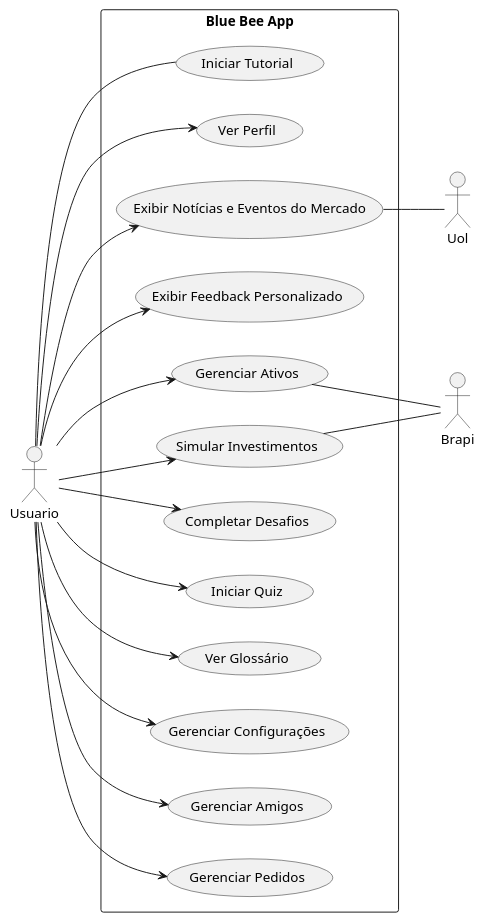
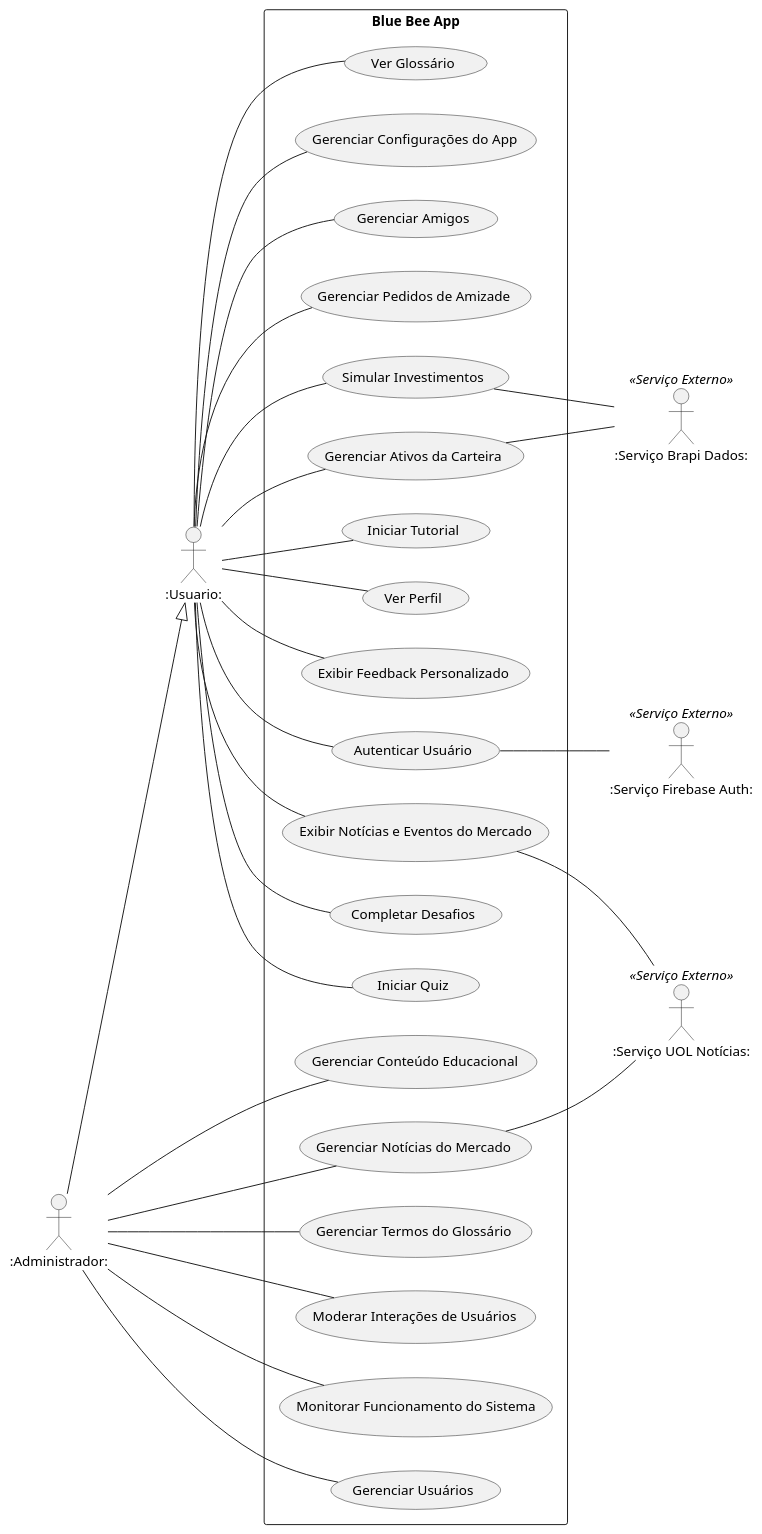
The diagram in casosdeuso.wsd (pedrOfsilveira/diagramas), drawn with PlantUML before and after one commit. The commit also changed 33 other files, not shown here.

Commit message:
added diagramas de sequencia + um monte de correção

```diff
--- a/casosdeuso.wsd
+++ b/casosdeuso.wsd
@@ -1,41 +1,62 @@
 @startuml
 left to right direction
-:Usuario:
+
+actor ":Usuario:" as User
+actor ":Administrador:" as Admin
+actor ":Serviço Firebase Auth:" as ServicoFirebaseAuth <<Serviço Externo>>
+actor ":Serviço UOL Notícias:" as ServicoUolApi <<Serviço Externo>>
+actor ":Serviço Brapi Dados:" as ServicoBrapiApi <<Serviço Externo>>
+
+Admin --|> User
 
 rectangle "Blue Bee App" {
-    usecase "Iniciar Tutorial" as IniciarTutorial
-    usecase "Ver Perfil" as VerPerfil
-    usecase "Exibir Notícias e Eventos do Mercado" as ExibirNoticiasEventos
-    usecase "Exibir Feedback Personalizado" as ExibirFeedback
-    usecase "Gerenciar Ativos" as GerenciarAtivos
-    usecase "Simular Investimentos" as SimularInvestimentos
-    usecase "Completar Desafios" as CompletarDesafios
-    usecase "Iniciar Quiz" as IniciarQuiz
-    usecase "Ver Glossário" as VerGlossario
-    usecase "Gerenciar Configurações" as GerenciarConfiguracoes
-    usecase "Gerenciar Amigos" as GerenciarAmigos
-    usecase "Gerenciar Pedidos" as GerenciarPedidos
+    usecase "Autenticar Usuário" as UC_Auth
+    usecase "Iniciar Tutorial" as UC_Tutorial
+    usecase "Ver Perfil" as UC_VerPerfil
+    usecase "Exibir Notícias e Eventos do Mercado" as UC_ExibirNoticias
+    usecase "Exibir Feedback Personalizado" as UC_ExibirFeedback
+    usecase "Gerenciar Ativos da Carteira" as UC_GerenciarAtivosCarteira
+    usecase "Simular Investimentos" as UC_SimularInvestimentos
+    usecase "Completar Desafios" as UC_CompletarDesafios
+    usecase "Iniciar Quiz" as UC_IniciarQuiz
+    usecase "Ver Glossário" as UC_VerGlossario
+    usecase "Gerenciar Configurações do App" as UC_GerenciarConfigApp
+    usecase "Gerenciar Amigos" as UC_GerenciarAmigos
+    usecase "Gerenciar Pedidos de Amizade" as UC_GerenciarPedidosAmizade
+
+    usecase "Gerenciar Conteúdo Educacional" as UC_AdminConteudo
+    usecase "Gerenciar Notícias do Mercado" as UC_AdminNoticias
+    usecase "Gerenciar Termos do Glossário" as UC_AdminGlossario
+    usecase "Moderar Interações de Usuários" as UC_AdminModeracao
+    usecase "Monitorar Funcionamento do Sistema" as UC_AdminMonitorar
+    usecase "Gerenciar Usuários" as UC_AdminGerenciarUsuarios
 }
 
-:Uol:
-:Brapi:
+User -- UC_Auth
+User -- UC_Tutorial
+User -- UC_VerPerfil
+User -- UC_ExibirNoticias
+User -- UC_ExibirFeedback
+User -- UC_GerenciarAtivosCarteira
+User -- UC_SimularInvestimentos
+User -- UC_CompletarDesafios
+User -- UC_IniciarQuiz
+User -- UC_VerGlossario
+User -- UC_GerenciarConfigApp
+User -- UC_GerenciarAmigos
+User -- UC_GerenciarPedidosAmizade
 
-Usuario -- IniciarTutorial
-Usuario --> VerPerfil
-Usuario --> ExibirNoticiasEventos
-Usuario --> ExibirFeedback
-Usuario --> GerenciarAtivos
-Usuario --> SimularInvestimentos
-Usuario --> CompletarDesafios
-Usuario --> IniciarQuiz
-Usuario --> VerGlossario
-Usuario --> GerenciarConfiguracoes
-Usuario --> GerenciarAmigos
-Usuario --> GerenciarPedidos
+Admin -- UC_AdminConteudo
+Admin -- UC_AdminNoticias
+Admin -- UC_AdminGlossario
+Admin -- UC_AdminModeracao
+Admin -- UC_AdminMonitorar
+Admin -- UC_AdminGerenciarUsuarios
 
-ExibirNoticiasEventos -- Uol
-
-GerenciarAtivos -- Brapi 
-SimularInvestimentos -- Brapi 
+UC_Auth -- ServicoFirebaseAuth
+UC_ExibirNoticias -- ServicoUolApi
+UC_GerenciarAtivosCarteira -- ServicoBrapiApi
+UC_SimularInvestimentos -- ServicoBrapiApi
+UC_AdminNoticias -- ServicoUolApi
 
 @enduml
```
